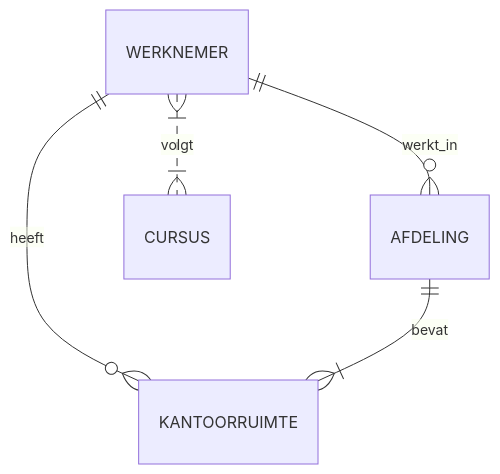
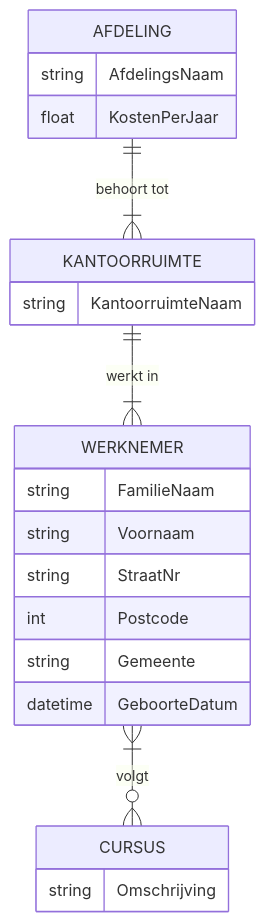
Before and after one commit to verwo/cursus-databases: the diagram in docs/04-er-diagrams/er-model.md, drawn with Mermaid. The commit also changed other lines of this file and 10 other files, not shown here.

````diff
--- a/docs/04-er-diagrams/er-model.md
+++ b/docs/04-er-diagrams/er-model.md
@@ -32,7 +28,25 @@
 ```mermaid
 erDiagram
-    WERKNEMER ||--o{ AFDELING : werkt_in
-    WERKNEMER ||--o{ KANTOORRUIMTE : heeft
-    WERKNEMER }|..|{ CURSUS : volgt
-    AFDELING ||--|{ KANTOORRUIMTE : bevat
+    AFDELING ||--|{ KANTOORRUIMTE : "behoort tot"
+    AFDELING {
+        string AfdelingsNaam
+        float KostenPerJaar
+    }
+    KANTOORRUIMTE ||--|{ WERKNEMER : "werkt in"
+    KANTOORRUIMTE {
+        string KantoorruimteNaam
+    }
+    WERKNEMER }|--o{ CURSUS : volgt
+    WERKNEMER {
+        string FamilieNaam
+        string Voornaam
+        string StraatNr
+        int Postcode
+        string Gemeente
+        datetime GeboorteDatum
+    }
+    CURSUS {
+        string Omschrijving
+    }
+ 
 ```
````
